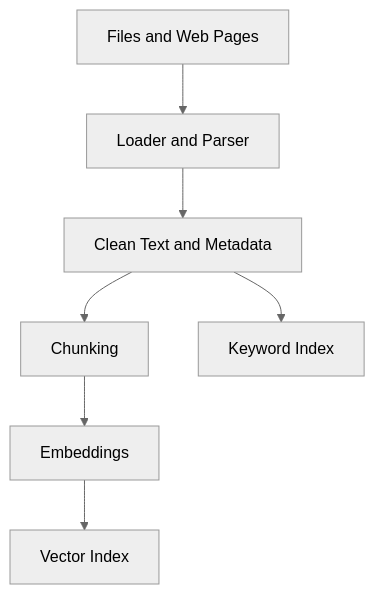
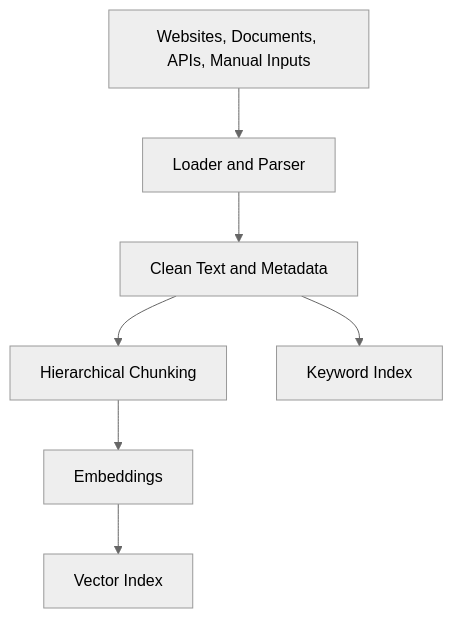
The third of 15 diagrams in _posts/2026-03-25-building-a-rag-chatbot-how-to-choose-each-component-and-why.markdown (madushanl/madushanl.github.io), drawn with Mermaid (neutral theme) before and after one commit. The commit also changed other lines of this file, not shown here.

Commit message:
Refine RAG chatbot article to reflect updated architecture and component choices, emphasizing a cloud-first design. Adjusted terminology for clarity and improved the ingestion and query-time answering sections.

````diff
--- a/_posts/2026-03-25-building-a-rag-chatbot-how-to-choose-each-component-and-why.markdown
+++ b/_posts/2026-03-25-building-a-rag-chatbot-how-to-choose-each-component-and-why.markdown
@@ -89,9 +88,9 @@
 ```mermaid
 flowchart TD
-    A[Files and Web Pages] --> B[Loader and Parser]
+    A[Websites, Documents, APIs, Manual Inputs] --> B[Loader and Parser]
     B --> C[Clean Text and Metadata]
-    C --> D[Chunking]
+    C --> D[Hierarchical Chunking]
     D --> E[Embeddings]
     E --> F[Vector Index]
     C --> G[Keyword Index]
 ```
````
